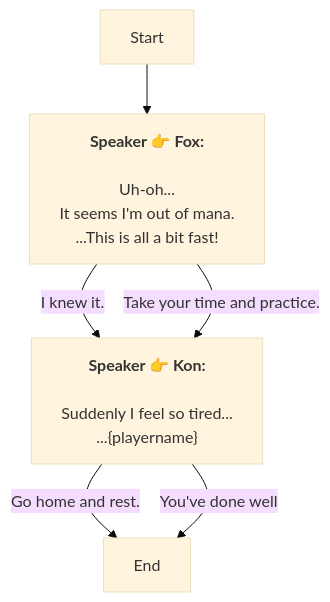
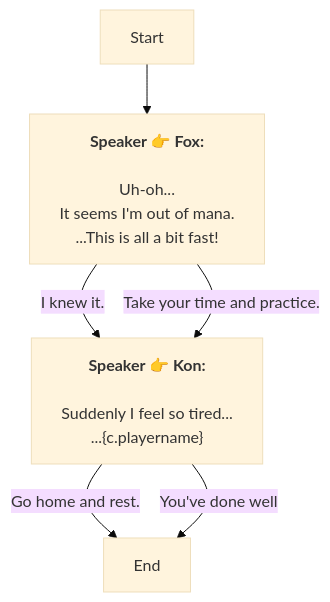
The diagram in En/QuestStartTalkENode_1764843102791930.md (SoftHu/tos_avg), drawn with Mermaid (base theme) before and after one commit. The commit also changed 410 other files, not shown here.

````diff
--- a/En/QuestStartTalkENode_1764843102791930.md
+++ b/En/QuestStartTalkENode_1764843102791930.md
@@ -1,15 +1,15 @@
 ```mermaid
 graph
 Start -->1764843163038974[<b>Speaker 👉 Fox:</b>
 \nUh-oh...
 It seems I'm out of mana.\n...This is all a bit fast!]
 1764843163038974 -->|I knew it.|1764843275170052[<b>Speaker 👉 Kon:</b>
 \nSuddenly I feel so tired...
-...&lbrace;playername&rbrace;]
+...&lbrace;c.playername&rbrace;]
 1764843163038974 -->|Take your time and practice.|1764843275170052[<b>Speaker 👉 Kon:</b>
 \nSuddenly I feel so tired...
-...&lbrace;playername&rbrace;]
+...&lbrace;c.playername&rbrace;]
 1764843275170052 -->|Go home and rest.|1764893393003223[End]
 1764843275170052 -->|You've done well|1764893393003223[End]
 
 ```
````
